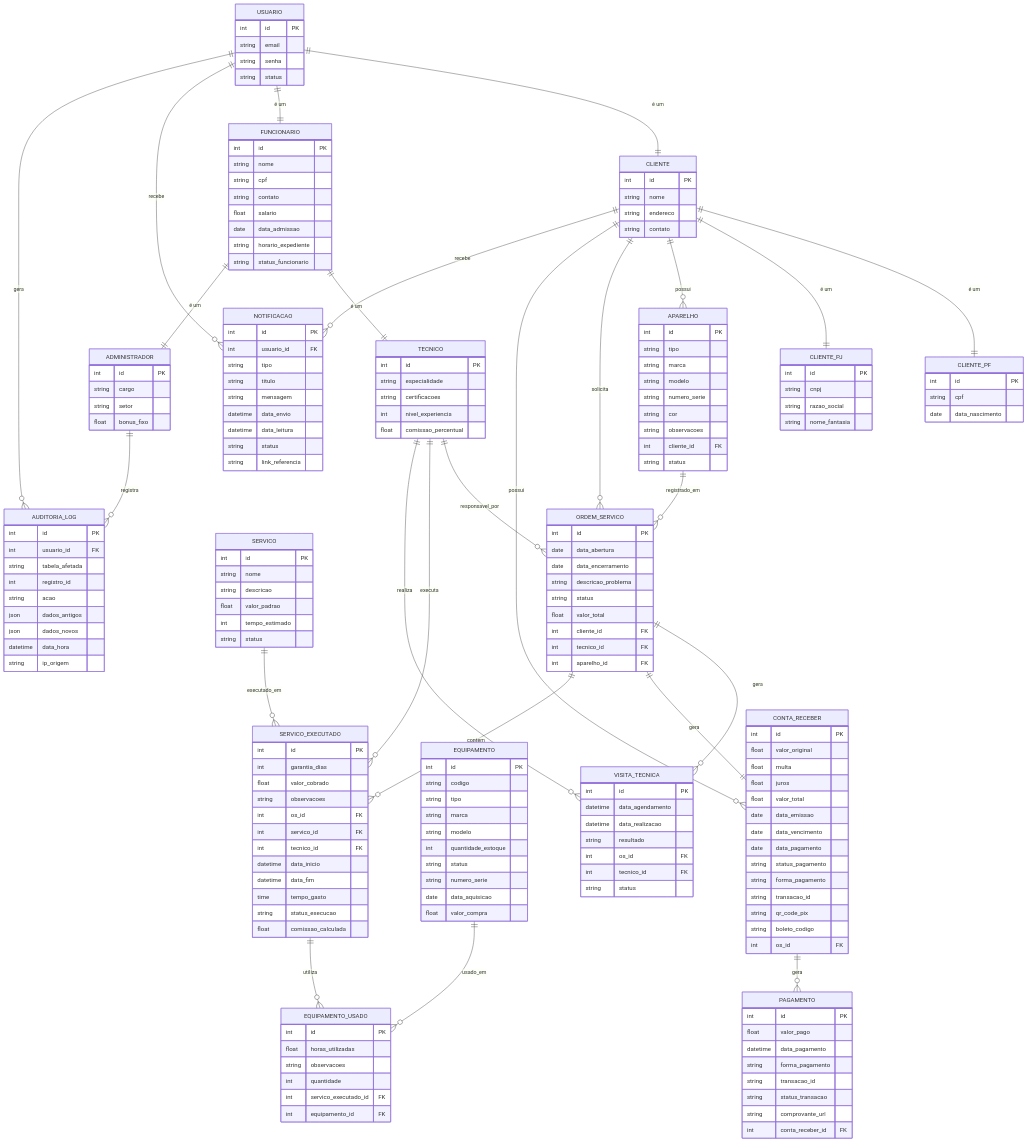
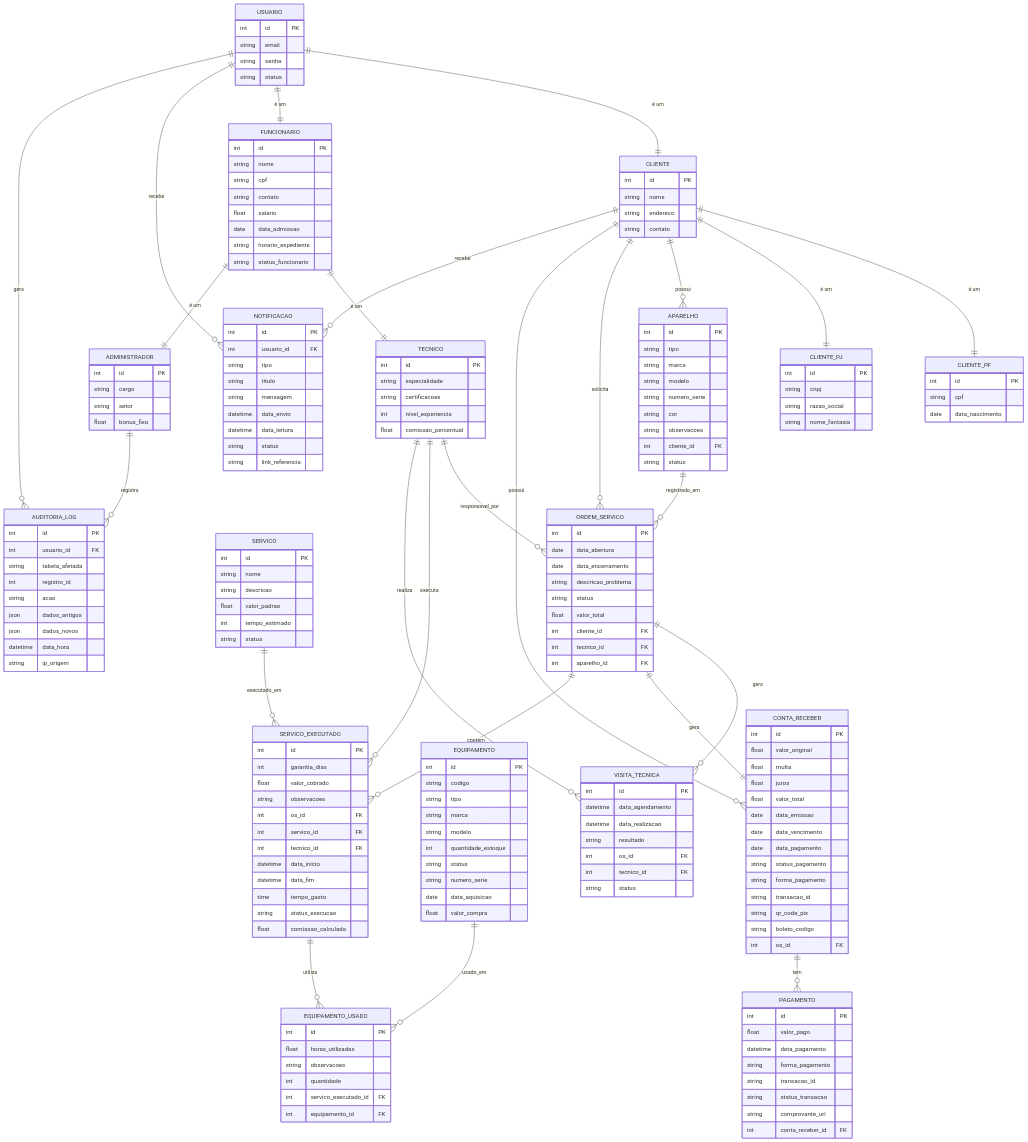
The second of 2 diagrams in docs/doc-modelos.md (mariana097/assistencia-tecnica), drawn with Mermaid before and after one commit. The commit also changed other lines of this file and 2 other files, not shown here.

First paragraph of the commit message:
## 📋 Iteração 2 - Documentação Completa
### O que foi entregue

```diff
--- a/docs/doc-modelos.md
+++ b/docs/doc-modelos.md
@@ -535,7 +535,7 @@
     
     EQUIPAMENTO ||--o{ EQUIPAMENTO_USADO : "usado_em"
     
-    CONTA_RECEBER ||--o{ PAGAMENTO : "gera"
+    CONTA_RECEBER ||--o{ PAGAMENTO : "tem"
     
     USUARIO ||--o{ NOTIFICACAO : "recebe"
     USUARIO ||--o{ AUDITORIA_LOG : "gera"
```
